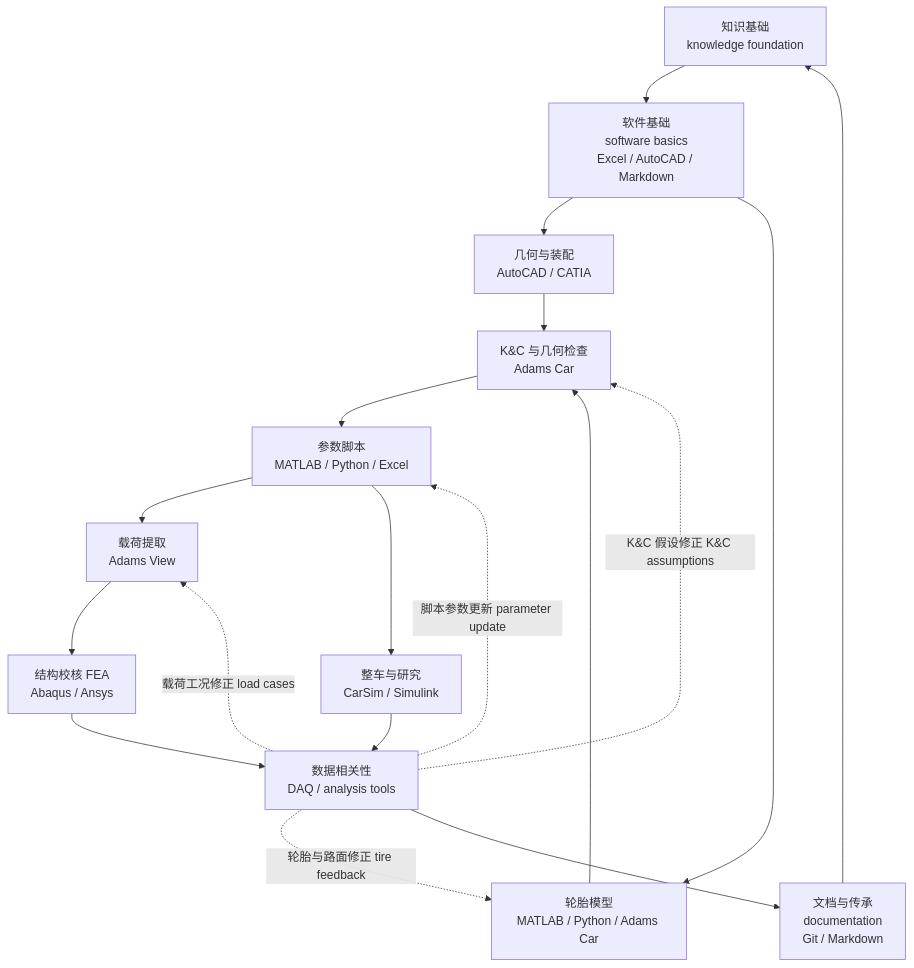
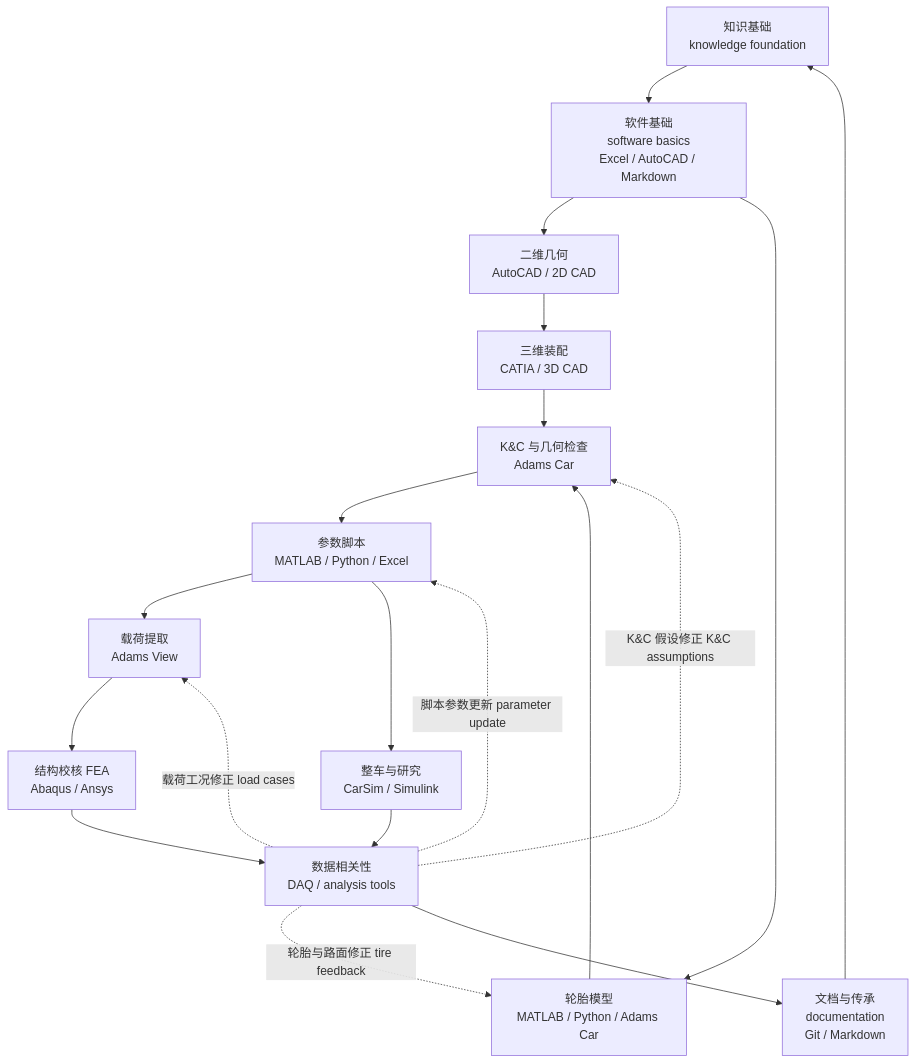
One commit to onebulletkick/suspension_opensource changed the third of 3 diagrams in docs/advanced/09-software-workflows.md. Above: the diagram before and after it, drawn with Mermaid. The commit also changed other lines of this file and 4 other files, not shown here.

````diff
--- a/docs/advanced/09-software-workflows.md
+++ b/docs/advanced/09-software-workflows.md
@@ -332,20 +350,21 @@
 ```mermaid
 flowchart TD
   A["知识基础<br>knowledge foundation"] --> B["软件基础<br>software basics<br>Excel / AutoCAD / Markdown"]
-  B --> C["几何与装配<br>AutoCAD / CATIA"]
+  B --> C["二维几何<br>AutoCAD / 2D CAD"]
+  C --> C3["三维装配<br>CATIA / 3D CAD"]
   B --> D["轮胎模型<br>MATLAB / Python / Adams Car"]
-  C --> E["K&C 与几何检查<br>Adams Car"]
+  C3 --> E["K&C 与几何检查<br>Adams Car"]
   D --> E
   E --> F["参数脚本<br>MATLAB / Python / Excel"]
   F --> G["载荷提取<br>Adams View"]
   G --> H["结构校核 FEA<br>Abaqus / Ansys"]
   F --> I["整车与研究<br>CarSim / Simulink"]
   H --> J["数据相关性<br>DAQ / analysis tools"]
   I --> J
   J -.->|轮胎与路面修正 tire feedback| D
   J -.->|脚本参数更新 parameter update| F
   J -.->|K&C 假设修正 K&C assumptions| E
   J -.->|载荷工况修正 load cases| G
   J --> K["文档与传承<br>documentation<br>Git / Markdown"]
   K --> A
 ```
````
